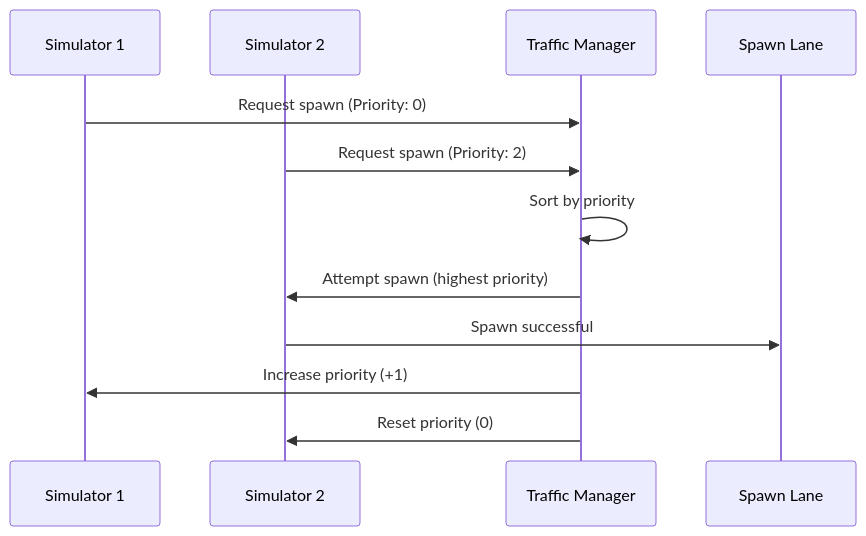
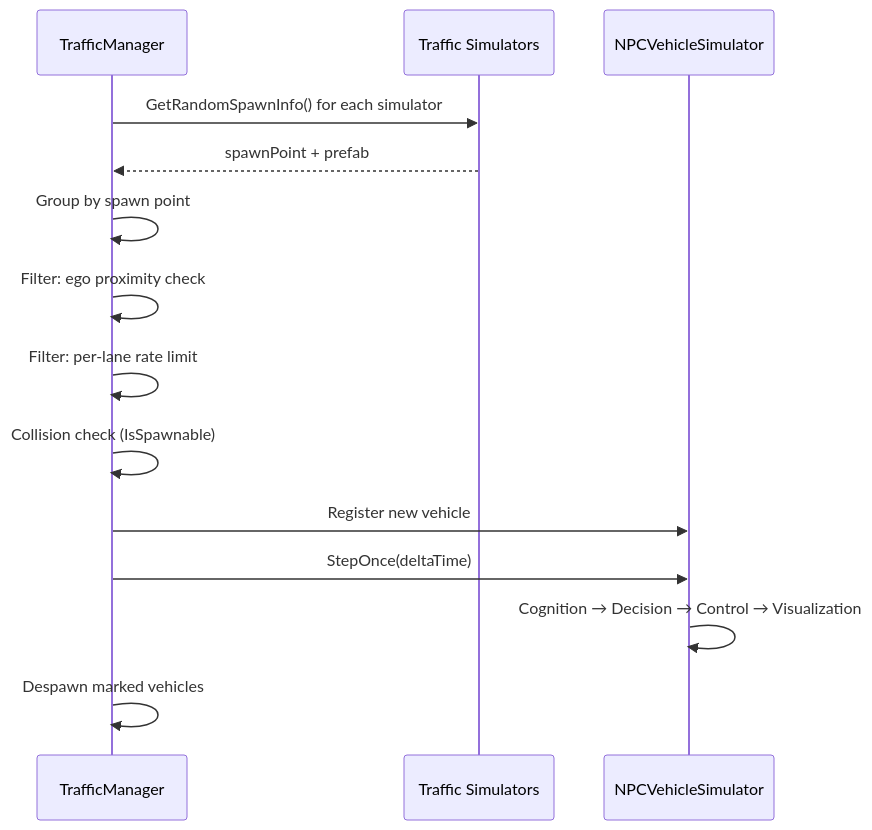
One commit to tlab-wide/V2X_E2E_Simulator changed the third of 5 diagrams in docs/Components/TrafficManager/index.md. Above: the diagram before and after it, drawn with Mermaid. The commit also changed other lines of this file and 8 other files, not shown here.

````diff
--- a/docs/Components/TrafficManager/index.md
+++ b/docs/Components/TrafficManager/index.md
@@ -212,15 +163,17 @@
 ```mermaid
 sequenceDiagram
-    participant S1 as Simulator 1
-    participant S2 as Simulator 2
-    participant TM as Traffic Manager
-    participant Lane as Spawn Lane
-    
-    S1->>TM: Request spawn (Priority: 0)
-    S2->>TM: Request spawn (Priority: 2)
-    TM->>TM: Sort by priority
-    TM->>S2: Attempt spawn (highest priority)
-    S2->>Lane: Spawn successful
-    TM->>S1: Increase priority (+1)
-    TM->>S2: Reset priority (0)
+    participant TM as TrafficManager
+    participant TS as Traffic Simulators
+    participant NS as NPCVehicleSimulator
+
+    TM->>TS: GetRandomSpawnInfo() for each simulator
+    TS-->>TM: spawnPoint + prefab
+    TM->>TM: Group by spawn point
+    TM->>TM: Filter: ego proximity check
+    TM->>TM: Filter: per-lane rate limit
+    TM->>TM: Collision check (IsSpawnable)
+    TM->>NS: Register new vehicle
+    TM->>NS: StepOnce(deltaTime)
+    NS->>NS: Cognition → Decision → Control → Visualization
+    TM->>TM: Despawn marked vehicles
 ```
````
